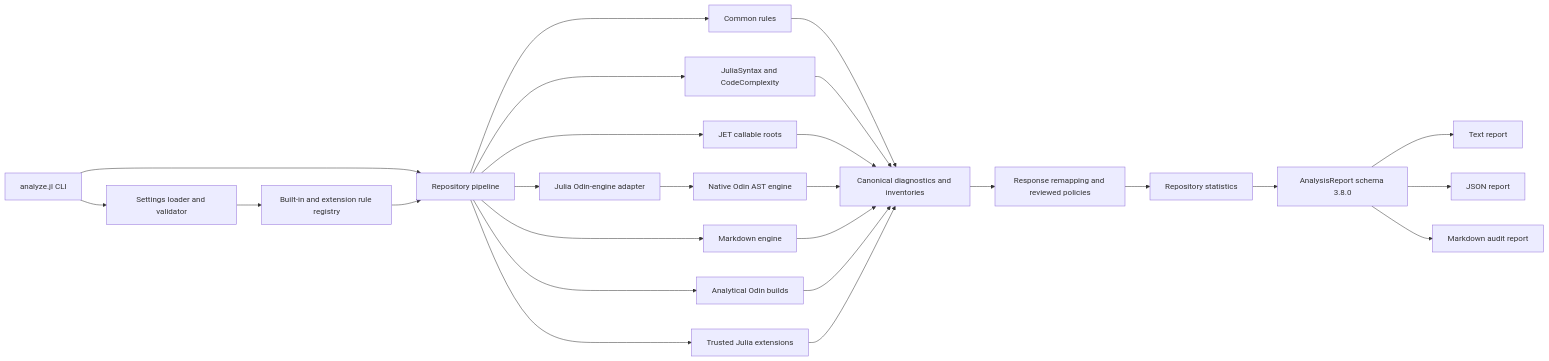
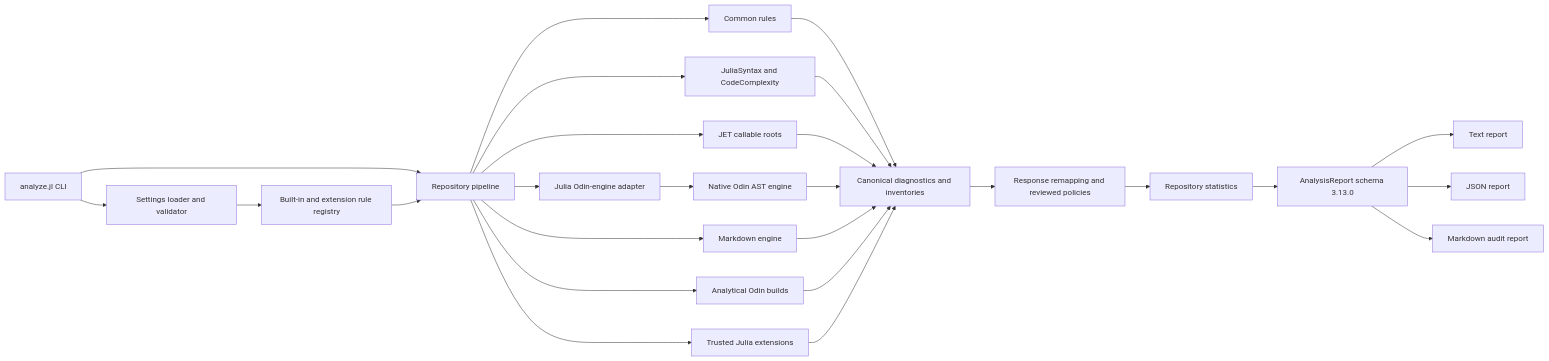
Before and after one commit to derekshoneycutt/OdinJuliaAnalysis: the first of 4 diagrams in README.md, drawn with Mermaid. The commit also changed other lines of this file and 15 other files, not shown here.

````diff
--- a/README.md
+++ b/README.md
@@ -148,31 +148,31 @@
 ```mermaid
 flowchart LR
     CLI[analyze.jl CLI] --> Settings[Settings loader and validator]
     CLI --> Pipeline[Repository pipeline]
     Settings --> Registry[Built-in and extension rule registry]
     Registry --> Pipeline
 
     Pipeline --> Common[Common rules]
     Pipeline --> Julia[JuliaSyntax and CodeComplexity]
     Pipeline --> JET[JET callable roots]
     Pipeline --> OdinBridge[Julia Odin-engine adapter]
     OdinBridge --> OdinNative[Native Odin AST engine]
     Pipeline --> Markdown[Markdown engine]
     Pipeline --> Builds[Analytical Odin builds]
     Pipeline --> Extensions[Trusted Julia extensions]
 
     Common --> Model[Canonical diagnostics and inventories]
     Julia --> Model
     JET --> Model
     OdinNative --> Model
     Markdown --> Model
     Builds --> Model
     Extensions --> Model
 
     Model --> Policy[Response remapping and reviewed policies]
     Policy --> Statistics[Repository statistics]
-    Statistics --> Report[AnalysisReport schema 3.8.0]
+    Statistics --> Report[AnalysisReport schema 3.13.0]
     Report --> Text[Text report]
     Report --> JSON[JSON report]
     Report --> MD[Markdown audit report]
 ```
````
